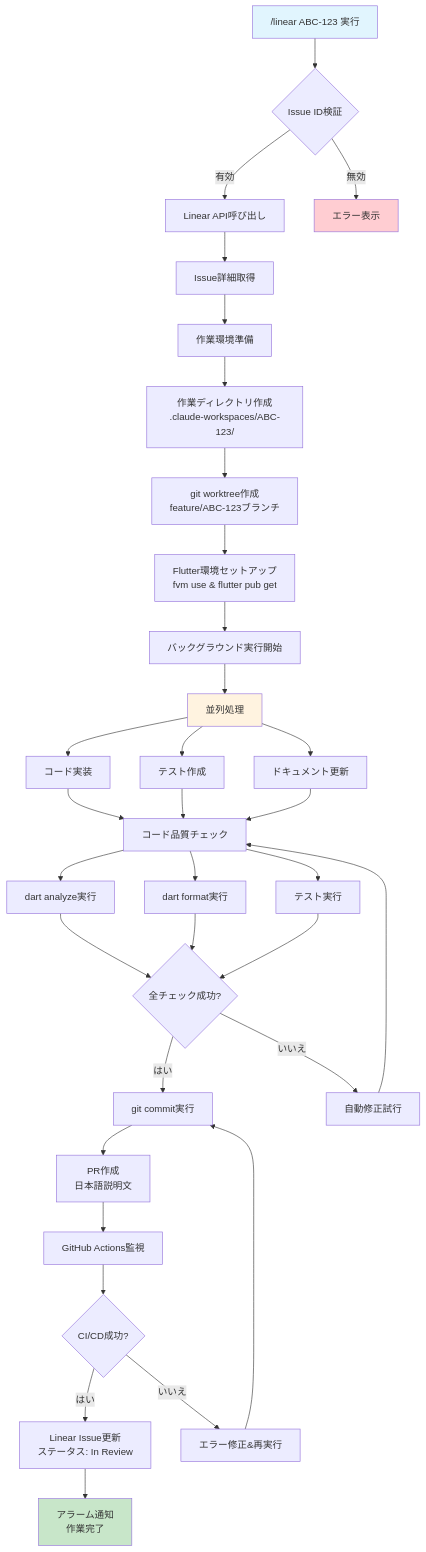
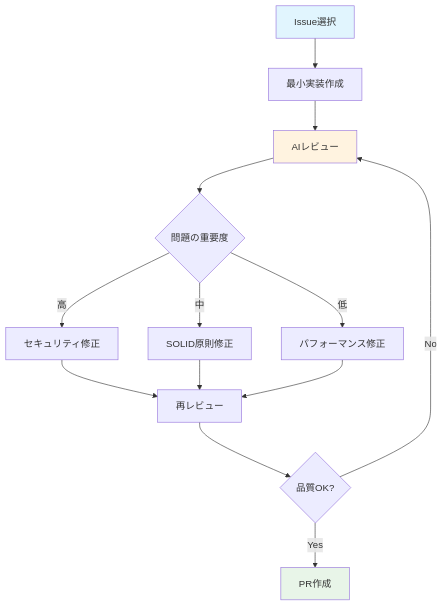
Before and after one commit to r0227n/flutter_template_project: the second of 3 diagrams in HUMAN.md, drawn with Mermaid. The commit also changed other lines of this file and 5 other files, not shown here.

````diff
--- a/HUMAN.md
+++ b/HUMAN.md
@@ -46,51 +70,22 @@
 ```mermaid
-flowchart TD
-    A["/linear ABC-123 実行"] --> B{Issue ID検証}
-    B -->|有効| C[Linear API呼び出し]
-    B -->|無効| Z[エラー表示]
-
-    C --> D[Issue詳細取得]
-    D --> E[作業環境準備]
-
-    E --> F[作業ディレクトリ作成<br/>.claude-workspaces/ABC-123/]
-    F --> G[git worktree作成<br/>feature/ABC-123ブランチ]
-    G --> H[Flutter環境セットアップ<br/>fvm use & flutter pub get]
-
-    H --> I[バックグラウンド実行開始]
-
-    I --> J[並列処理]
-    J --> K[コード実装]
-    J --> L[テスト作成]
-    J --> M[ドキュメント更新]
-
-    K --> N[コード品質チェック]
-    L --> N
-    M --> N
-
-    N --> O[dart analyze実行]
-    N --> P[dart format実行]
-    N --> Q[テスト実行]
-
-    O --> R{全チェック成功?}
-    P --> R
-    Q --> R
-
-    R -->|はい| S[git commit実行]
-    R -->|いいえ| T[自動修正試行]
-    T --> N
-
-    S --> U[PR作成<br/>日本語説明文]
-    U --> V[GitHub Actions監視]
-
-    V --> W{CI/CD成功?}
-    W -->|はい| X[Linear Issue更新<br/>ステータス: In Review]
-    W -->|いいえ| Y[エラー修正&再実行]
-    Y --> S
-
-    X --> AA[アラーム通知<br/>作業完了]
-
+graph TD
+    A[Issue選択] --> B[最小実装作成]
+    B --> C[AIレビュー]
+    C --> D{問題の重要度}
+    
+    D -->|高| E[セキュリティ修正]
+    D -->|中| F[SOLID原則修正]
+    D -->|低| G[パフォーマンス修正]
+    
+    E --> H[再レビュー]
+    F --> H
+    G --> H
+    
+    H --> I{品質OK?}
+    I -->|No| C
+    I -->|Yes| J[PR作成]
+    
     style A fill:#e1f5fe
-    style AA fill:#c8e6c9
-    style Z fill:#ffcdd2
-    style J fill:#fff3e0
+    style C fill:#fff3e0
+    style J fill:#e8f5e8
 ```
````
